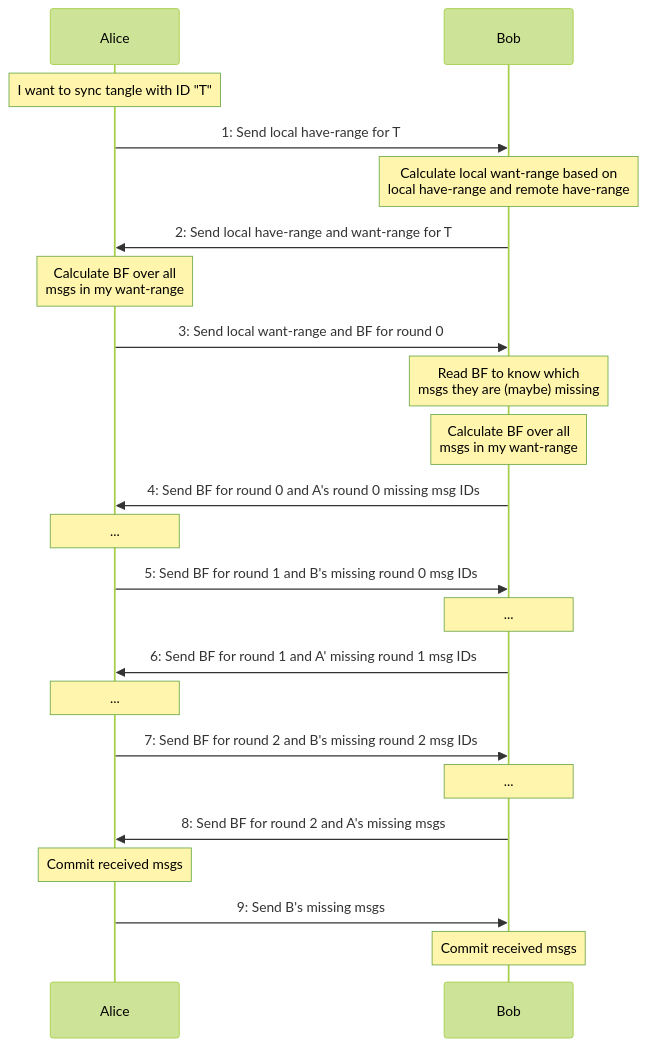
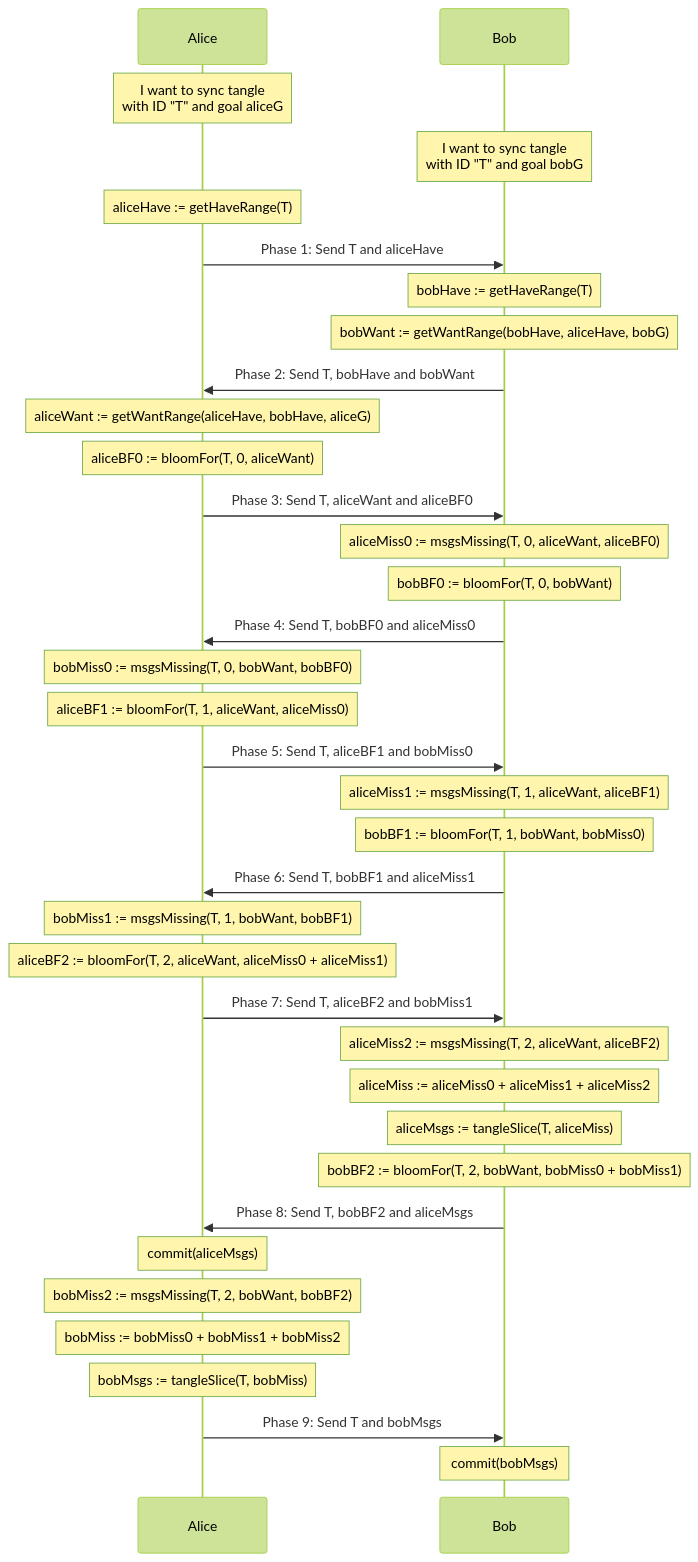
Before and after one commit to staltz/ppppp-sync: the diagram in protospec.md, drawn with Mermaid (forest theme). The commit also changed other lines of this file and 1 other file, not shown here.

````diff
--- a/protospec.md
+++ b/protospec.md
@@ -7,40 +7,53 @@
 ```mermaid
 sequenceDiagram
 
 participant A as Alice
 participant B as Bob
-note over A: I want to sync tangle with ID "T"
-A->>B: 1: Send local have-range for T
+note over A: I want to sync tangle<br/>with ID "T" and goal aliceG
+note over B: I want to sync tangle<br/>with ID "T" and goal bobG
+note over A: aliceHave := getHaveRange(T)
+A->>B: Phase 1: Send T and aliceHave
 
 %% opt Alice's have-range is empty
 %%     B->>A: 2: Send local have-range and (empty) want-range for ID
 %%     A->>B: Send local want-range for ID
 %%     B->>A: All msgs in remote want-range
 %%     note over A: done
 %% end
 
-Note over B: Calculate local want-range based on<br/>local have-range and remote have-range
-B->>A: 2: Send local have-range and want-range for T
+Note over B: bobHave := getHaveRange(T)
+Note over B: bobWant := getWantRange(bobHave, aliceHave, bobG)
+B->>A: Phase 2: Send T, bobHave and bobWant
 
 %% opt Bob's have-range is empty
 %%       A->>B: All msgs in remote want-range
 %%       note over B: done
 %% end
 
-Note over A: Calculate BF over all<br />msgs in my want-range
-A->>B: 3: Send local want-range and BF for round 0
-Note over B: Read BF to know which<br />msgs they are (maybe) missing
-Note over B: Calculate BF over all<br />msgs in my want-range
-B->>A: 4: Send BF for round 0 and A's round 0 missing msg IDs
-Note over A: ...
-A->>B: 5: Send BF for round 1 and B's missing round 0 msg IDs
-Note over B: ...
-B->>A: 6: Send BF for round 1 and A' missing round 1 msg IDs
-Note over A: ...
-A->>B: 7: Send BF for round 2 and B's missing round 2 msg IDs
-Note over B: ...
-B->>A: 8: Send BF for round 2 and A's missing msgs
-Note over A: Commit received msgs
-A->>B: 9: Send B's missing msgs
-Note over B: Commit received msgs
+Note over A: aliceWant := getWantRange(aliceHave, bobHave, aliceG)
+Note over A: aliceBF0 := bloomFor(T, 0, aliceWant)
+A->>B: Phase 3: Send T, aliceWant and aliceBF0
+Note over B: aliceMiss0 := msgsMissing(T, 0, aliceWant, aliceBF0)
+Note over B: bobBF0 := bloomFor(T, 0, bobWant)
+B->>A: Phase 4: Send T, bobBF0 and aliceMiss0
+Note over A: bobMiss0 := msgsMissing(T, 0, bobWant, bobBF0)
+Note over A: aliceBF1 := bloomFor(T, 1, aliceWant, aliceMiss0)
+A->>B: Phase 5: Send T, aliceBF1 and bobMiss0
+Note over B: aliceMiss1 := msgsMissing(T, 1, aliceWant, aliceBF1)
+Note over B: bobBF1 := bloomFor(T, 1, bobWant, bobMiss0)
+B->>A: Phase 6: Send T, bobBF1 and aliceMiss1
+Note over A: bobMiss1 := msgsMissing(T, 1, bobWant, bobBF1)
+Note over A: aliceBF2 := bloomFor(T, 2, aliceWant, aliceMiss0 + aliceMiss1)
+A->>B: Phase 7: Send T, aliceBF2 and bobMiss1
+Note over B: aliceMiss2 := msgsMissing(T, 2, aliceWant, aliceBF2)
+Note over B: aliceMiss := aliceMiss0 + aliceMiss1 + aliceMiss2
+Note over B: aliceMsgs := tangleSlice(T, aliceMiss)
+Note over B: bobBF2 := bloomFor(T, 2, bobWant, bobMiss0 + bobMiss1)
+B->>A: Phase 8: Send T, bobBF2 and aliceMsgs
+Note over A: commit(aliceMsgs)
+Note over A: bobMiss2 := msgsMissing(T, 2, bobWant, bobBF2)
+Note over A: bobMiss := bobMiss0 + bobMiss1 + bobMiss2
+Note over A: bobMsgs := tangleSlice(T, bobMiss)
+A->>B: Phase 9: Send T and bobMsgs
+Note over B: commit(bobMsgs)
 ```
````
